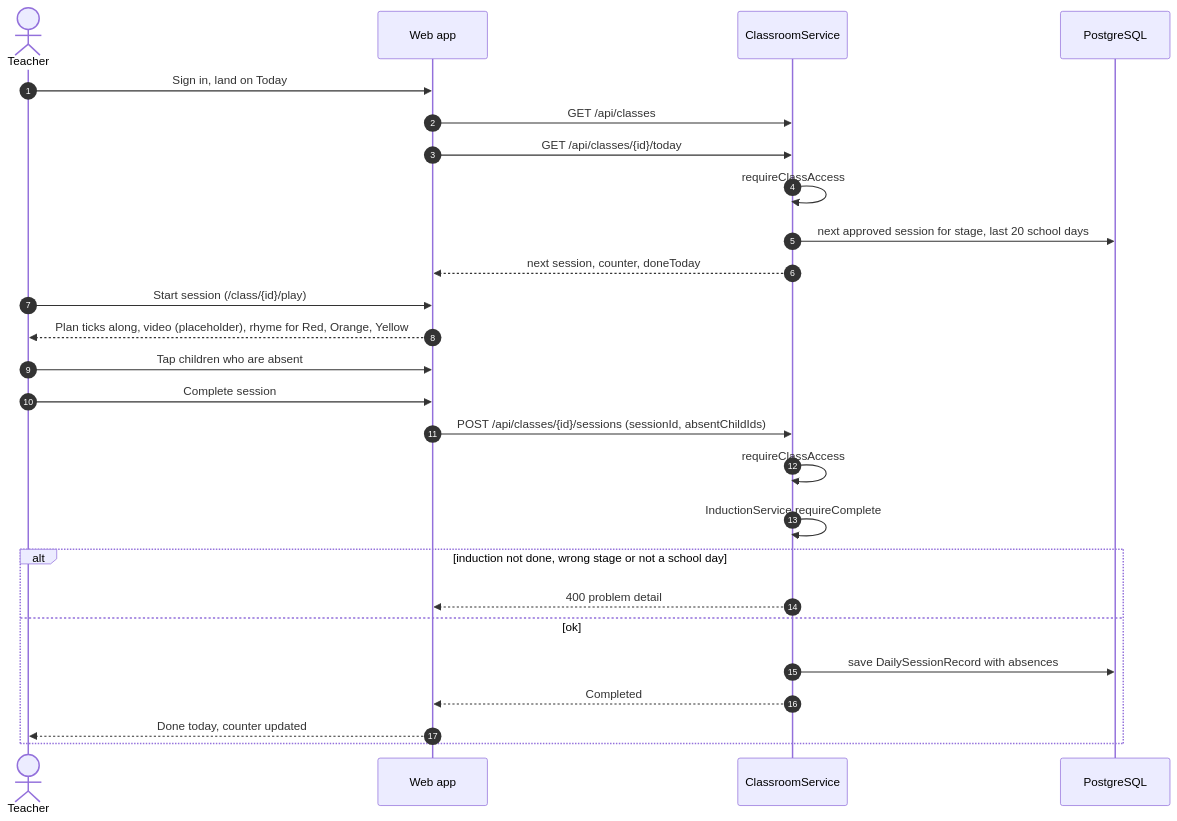
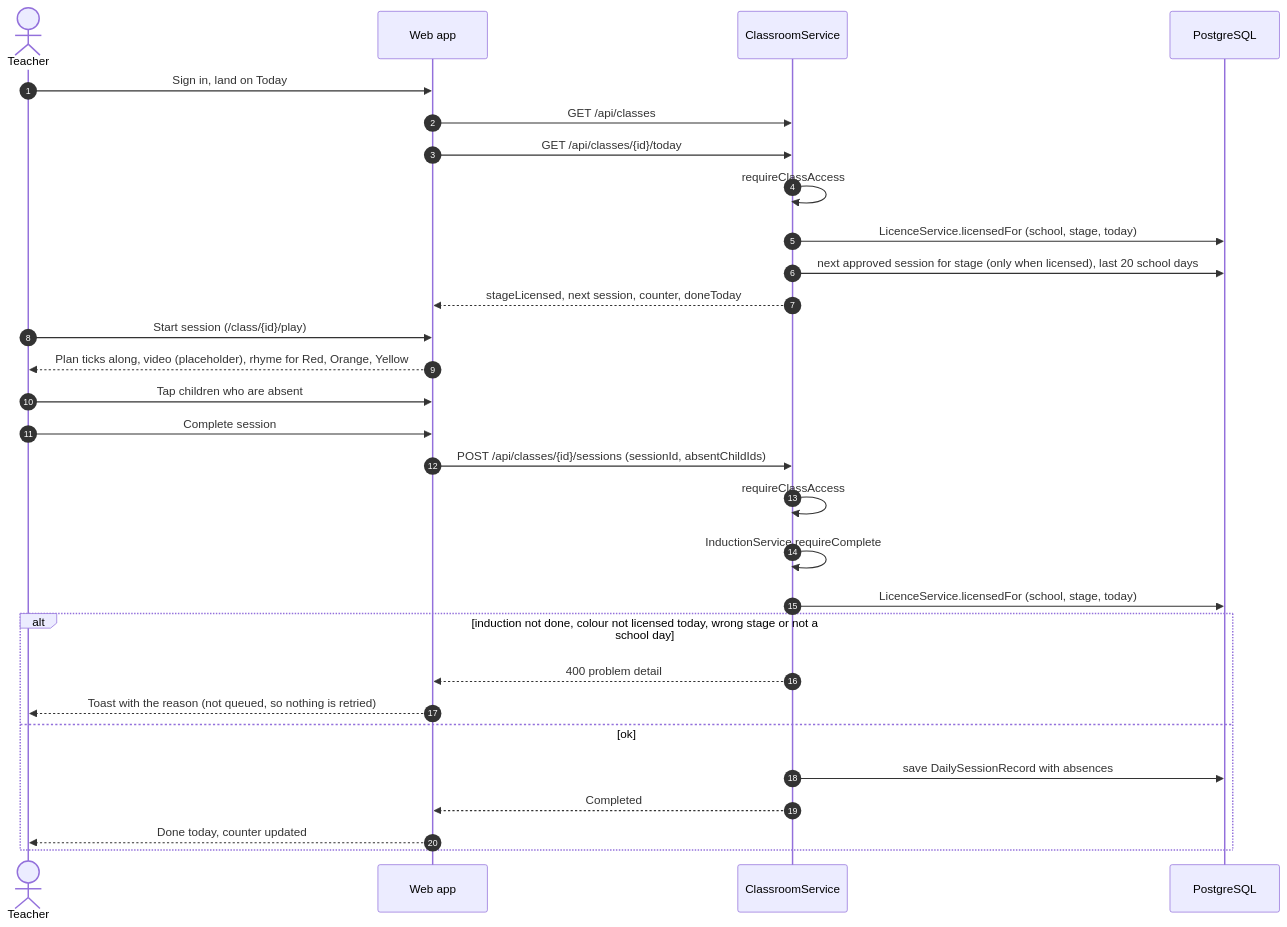
Before and after one commit to ersagarnikam/MoterMoversPlatform: the second of 6 diagrams in docs/flows/1-class-teacher.md, drawn with Mermaid. The commit also changed other lines of this file and 1 other file, not shown here.

First line of the commit message:
Record the licence check in CLAUDE.md and the teacher's flows

````diff
--- a/docs/flows/1-class-teacher.md
+++ b/docs/flows/1-class-teacher.md
@@ -68,28 +68,31 @@
 ```mermaid
 sequenceDiagram
   autonumber
   actor T as Teacher
   participant W as Web app
   participant API as ClassroomService
   participant DB as PostgreSQL
   T->>W: Sign in, land on Today
   W->>API: GET /api/classes
   W->>API: GET /api/classes/{id}/today
   API->>API: requireClassAccess
-  API->>DB: next approved session for stage, last 20 school days
-  API-->>W: next session, counter, doneToday
+  API->>DB: LicenceService.licensedFor (school, stage, today)
+  API->>DB: next approved session for stage (only when licensed), last 20 school days
+  API-->>W: stageLicensed, next session, counter, doneToday
   T->>W: Start session (/class/{id}/play)
   W-->>T: Plan ticks along, video (placeholder), rhyme for Red, Orange, Yellow
   T->>W: Tap children who are absent
   T->>W: Complete session
   W->>API: POST /api/classes/{id}/sessions (sessionId, absentChildIds)
   API->>API: requireClassAccess
   API->>API: InductionService.requireComplete
-  alt induction not done, wrong stage or not a school day
+  API->>DB: LicenceService.licensedFor (school, stage, today)
+  alt induction not done, colour not licensed today, wrong stage or not a school day
     API-->>W: 400 problem detail
+    W-->>T: Toast with the reason (not queued, so nothing is retried)
   else ok
     API->>DB: save DailySessionRecord with absences
     API-->>W: Completed
     W-->>T: Done today, counter updated
   end
 ```
````
